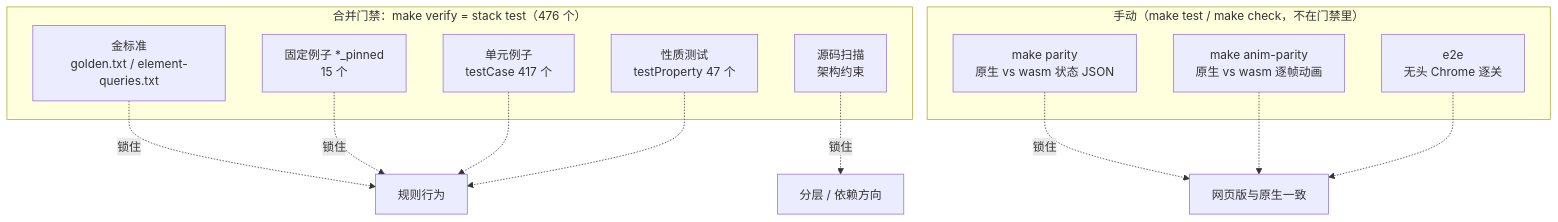
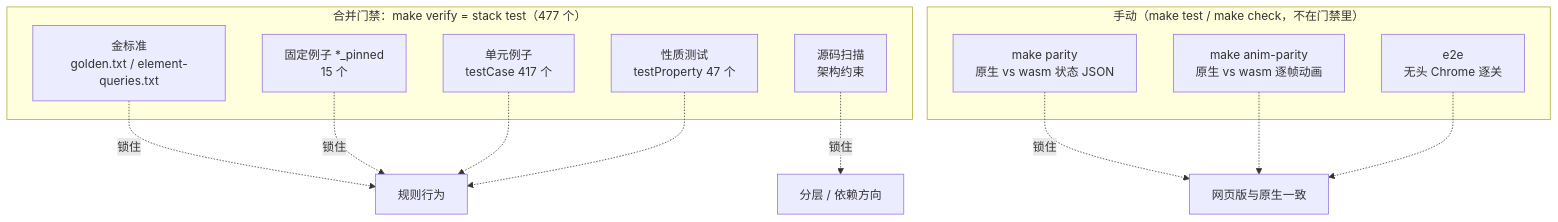
One commit to exsabersac/match3 changed the diagram in docs/guide/07-测试体系.md. Above: the diagram before and after it, drawn with Mermaid. The commit also changed other lines of this file and 9 other files, not shown here.

````diff
--- a/docs/guide/07-测试体系.md
+++ b/docs/guide/07-测试体系.md
@@ -8,23 +8,23 @@
 ```mermaid
 flowchart TB
-  subgraph gate["合并门禁：make verify = stack test（476 个）"]
+  subgraph gate["合并门禁：make verify = stack test（477 个）"]
     U["单元例子<br/>testCase 417 个"]
     P["性质测试<br/>testProperty 47 个"]
     G["金标准<br/>golden.txt / element-queries.txt"]
     PN["固定例子 *_pinned<br/>15 个"]
     S["源码扫描<br/>架构约束"]
   end
   subgraph manual["手动（make test / make check，不在门禁里）"]
     PA["make parity<br/>原生 vs wasm 状态 JSON"]
     AP["make anim-parity<br/>原生 vs wasm 逐帧动画"]
     E2E["e2e<br/>无头 Chrome 逐关"]
   end
   G -.锁住.-> R["规则行为"]
   PN -.锁住.-> R
   U -.-> R
   P -.-> R
   S -.锁住.-> A["分层 / 依赖方向"]
   PA -.锁住.-> W["网页版与原生一致"]
   AP -.-> W
   E2E -.-> W
 ```
````
